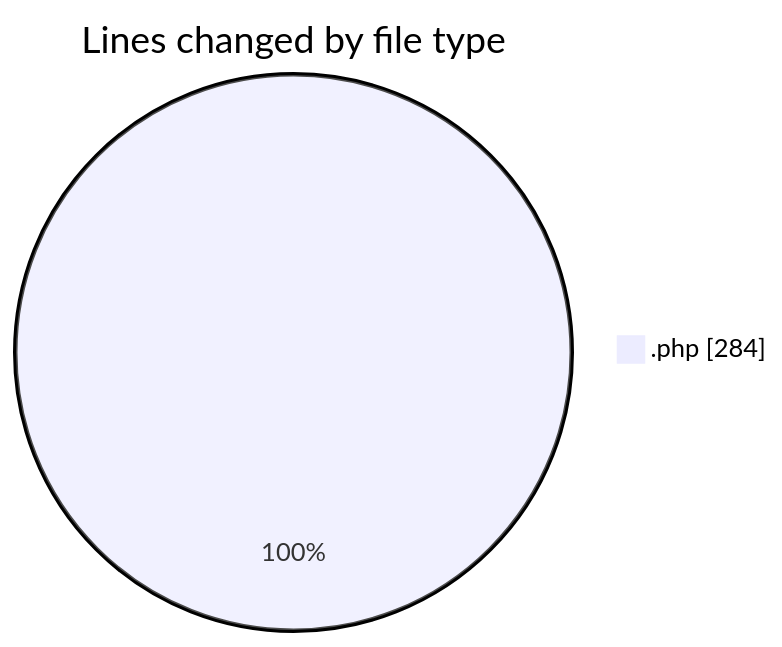
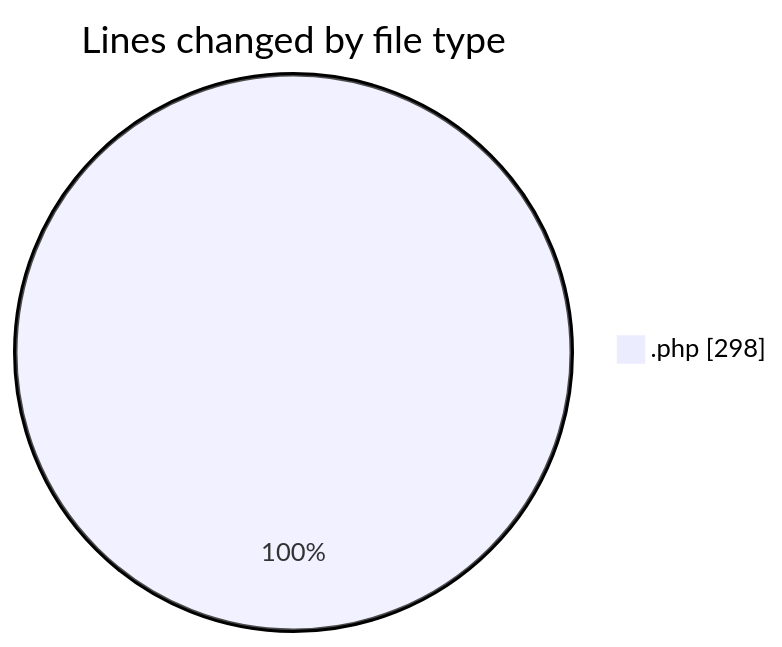
Before and after one commit to debugP/code-tracking: the first of 2 diagrams in 2026-07-08/wp-content/README.md, drawn with Mermaid. The commit also changed other lines of this file and 1 other file, not shown here.

````diff
--- a/2026-07-08/wp-content/README.md
+++ b/2026-07-08/wp-content/README.md
@@ -20,5 +20,5 @@
 ```mermaid
 pie showData
 title Lines changed by file type
-".php" : 284
+".php" : 298
 ```
````
